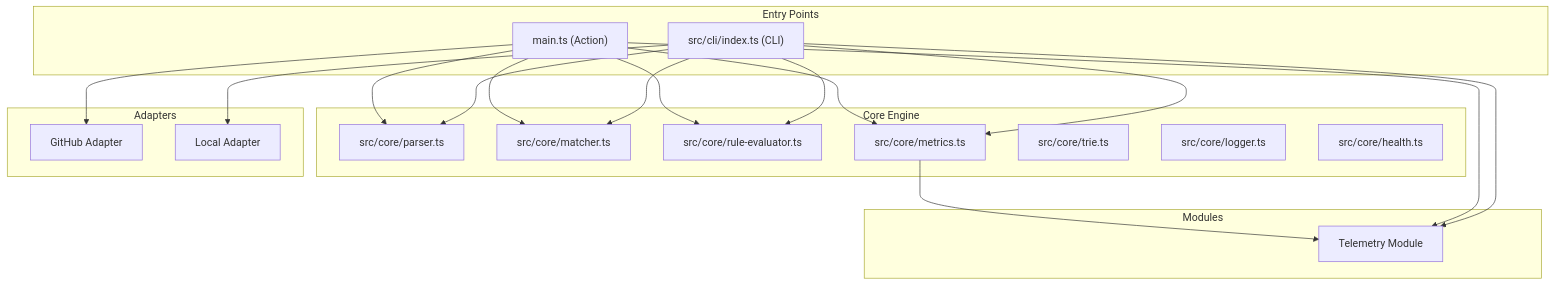
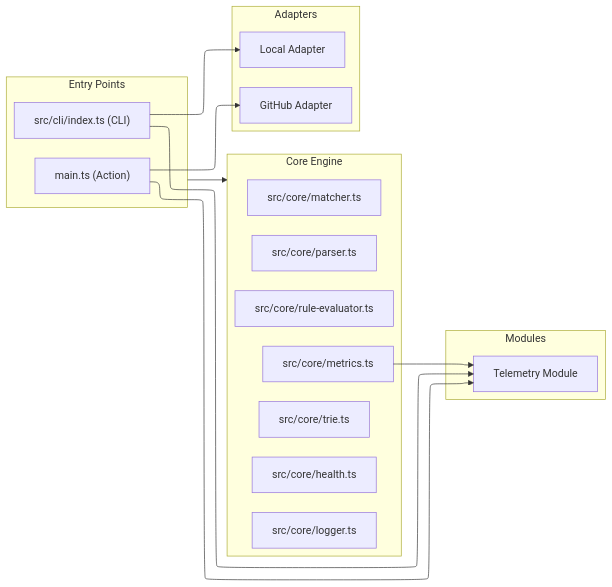
One commit to DecispherHQ/decision-guardian changed the first of 4 diagrams in docs/mermaid_code.md. Above: the diagram before and after it, drawn with Mermaid. The commit also changed other lines of this file and 3 other files, not shown here.

````diff
--- a/docs/mermaid_code.md
+++ b/docs/mermaid_code.md
@@ -7,40 +7,31 @@
 ```mermaid
-graph TD
-    subgraph "Entry Points"
+---
+config:
+  layout: elk
+---
+flowchart LR
+ subgraph subGraph0["Entry Points"]
         Main["main.ts (Action)"]
         CLI["src/cli/index.ts (CLI)"]
-    end
-
-    subgraph "Core Engine"
+  end
+ subgraph subGraph1["Core Engine"]
         Parser["src/core/parser.ts"]
         Matcher["src/core/matcher.ts"]
         RuleEval["src/core/rule-evaluator.ts"]
         Metrics["src/core/metrics.ts"]
         Trie["src/core/trie.ts"]
         Logger["src/core/logger.ts"]
         Health["src/core/health.ts"]
-    end
-
-    subgraph "Adapters"
+  end
+ subgraph Adapters["Adapters"]
         GH_Adapter["GitHub Adapter"]
         Local_Adapter["Local Adapter"]
-    end
-
-    subgraph "Modules"
+  end
+ subgraph Modules["Modules"]
         Telemetry["Telemetry Module"]
-    end
-
-    Main --> Parser
-    Main --> Matcher
-    Main --> RuleEval
-    CLI --> Parser
-    CLI --> Matcher
-    CLI --> RuleEval
-    Main --> Metrics
-    CLI --> Metrics
-    Main --> GH_Adapter
-    CLI --> Local_Adapter
+  end
+    Main --> Telemetry &  GH_Adapter
+    CLI --> Telemetry & Local_Adapter
+    subGraph0 --> subGraph1
     Metrics --> Telemetry
-    Main --> Telemetry
-    CLI --> Telemetry
 ```
````
